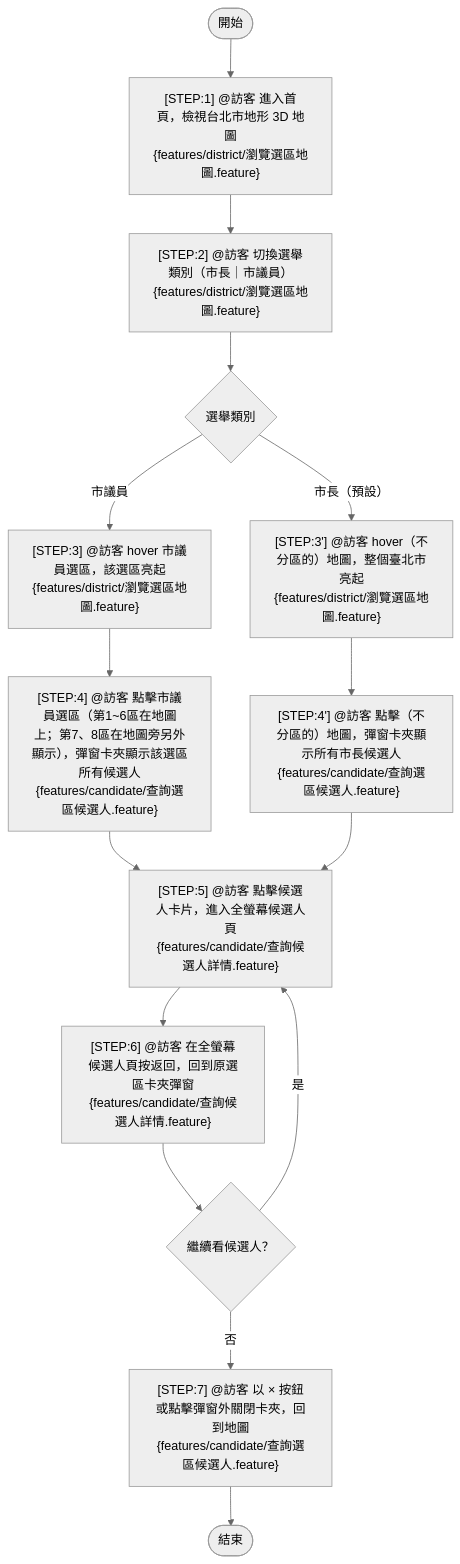
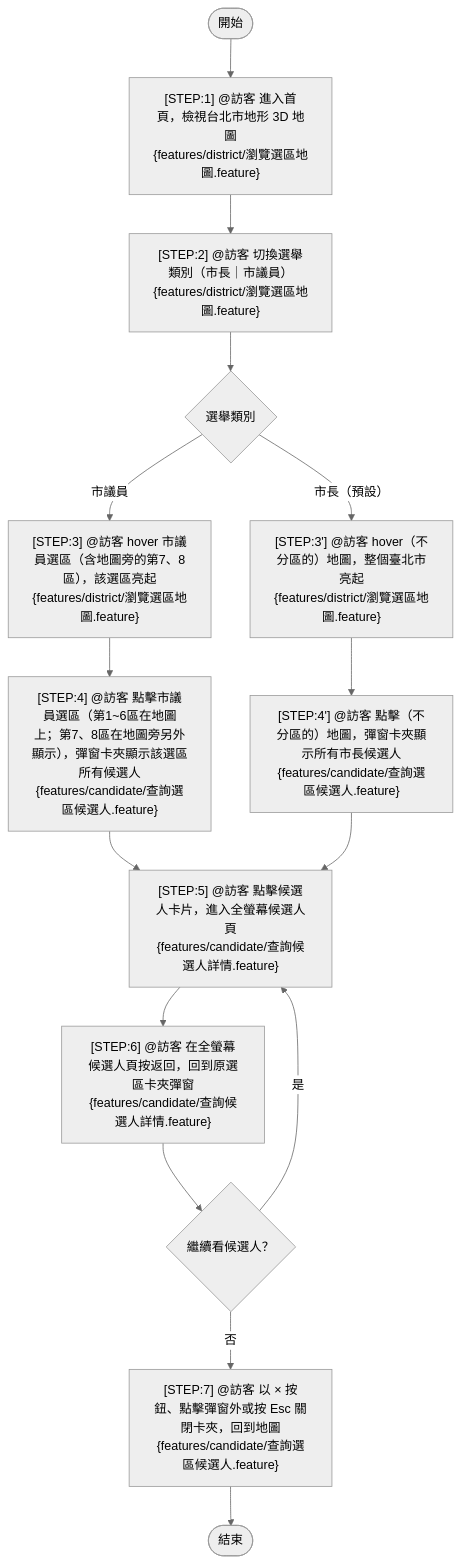
One commit to lallumeurRuby/Votactics_2026 changed the diagram in specs/activities/訪客瀏覽候選人.mmd. Above: the diagram before and after it, drawn with Mermaid (neutral theme). The commit also changed 4 other files, not shown here.

```diff
--- a/specs/activities/訪客瀏覽候選人.mmd
+++ b/specs/activities/訪客瀏覽候選人.mmd
@@ -1,33 +1,34 @@
 %% Activity: 訪客瀏覽候選人
 %% ACTOR: @訪客 -> specs/actors/訪客.md
 %% 範圍（Q1 已確認）：涵蓋臺北市長（全市選區，6 人）與臺北市議員（第1~8選舉區，98 人）；地圖選區對應市議員選舉區
 %% 市長入口（Q2 已確認）：上方「市長｜市議員」切換；市長模式下地圖不分區
 %% 頁面（Q3 已確認）：首頁即分區頁，首頁 3D 地圖直接可 hover / 點擊選區
 flowchart TD
     START([開始]) --> S1
     S1["[STEP:1] @訪客 進入首頁，檢視台北市地形 3D 地圖<br/>{features/district/瀏覽選區地圖.feature}"]
     S1 --> S2
     S2["[STEP:2] @訪客 切換選舉類別（市長｜市議員）<br/>{features/district/瀏覽選區地圖.feature}"]
     S2 --> B1{選舉類別}
     B1 -->|市議員| S3
     B1 -->|市長（預設）| S3M
-    S3["[STEP:3] @訪客 hover 市議員選區，該選區亮起<br/>{features/district/瀏覽選區地圖.feature}"]
+    S3["[STEP:3] @訪客 hover 市議員選區（含地圖旁的第7、8區），該選區亮起<br/>{features/district/瀏覽選區地圖.feature}"]
+    %% Q17/Q18 已確認：地圖旁的第7、8區與地圖上的選區行為一致（hover 亮起、點擊開卡夾）
     %% Q13 已確認：觸控裝置無亮起預覽，點一下選區直接開啟卡夾（STEP:3 / STEP:3' 僅適用於有 hover 的裝置）
     S3 --> S4
     S4["[STEP:4] @訪客 點擊市議員選區（第1~6區在地圖上；第7、8區在地圖旁另外顯示），彈窗卡夾顯示該選區所有候選人<br/>{features/candidate/查詢選區候選人.feature}"]
     S3M["[STEP:3'] @訪客 hover（不分區的）地圖，整個臺北市亮起<br/>{features/district/瀏覽選區地圖.feature}"]
     S3M --> S4M
     S4M["[STEP:4'] @訪客 點擊（不分區的）地圖，彈窗卡夾顯示所有市長候選人<br/>{features/candidate/查詢選區候選人.feature}"]
     %% Q4 已確認：市長模式下整個臺北市為一個選區，hover 整市亮起、點擊地圖開啟市長卡夾；首頁預設為市長模式
     S4 --> S5
     S4M --> S5
     S5["[STEP:5] @訪客 點擊候選人卡片，進入全螢幕候選人頁<br/>{features/candidate/查詢候選人詳情.feature}"]
-    %% Q6/Q7 已確認：全螢幕頁返回 → 回到原選區卡夾；卡夾以 × 按鈕或點擊彈窗外遮罩關閉 → 回到地圖
+    %% Q6/Q7 已確認：全螢幕頁返回 → 回到原選區卡夾；卡夾以 × 按鈕、點擊彈窗外遮罩或 Esc 鍵（Q16）關閉 → 回到地圖
     S5 --> S6
     S6["[STEP:6] @訪客 在全螢幕候選人頁按返回，回到原選區卡夾彈窗<br/>{features/candidate/查詢候選人詳情.feature}"]
     S6 --> B2{繼續看候選人？}
     B2 -->|是| S5
     B2 -->|否| S7
-    S7["[STEP:7] @訪客 以 × 按鈕或點擊彈窗外關閉卡夾，回到地圖<br/>{features/candidate/查詢選區候選人.feature}"]
+    S7["[STEP:7] @訪客 以 × 按鈕、點擊彈窗外或按 Esc 關閉卡夾，回到地圖<br/>{features/candidate/查詢選區候選人.feature}"]
     S7 --> END([結束])
     %% 內容來源（Q5 已確認）：大頭照、3D 模型、政見由專案擁有者以靜態檔案放入 repo 並重新部署；無後台、無內容維護者 Actor
```
